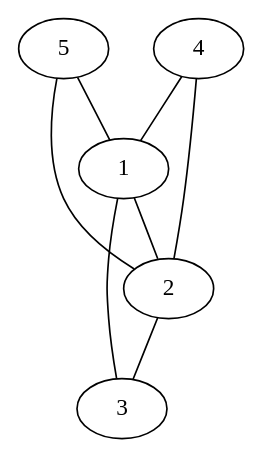
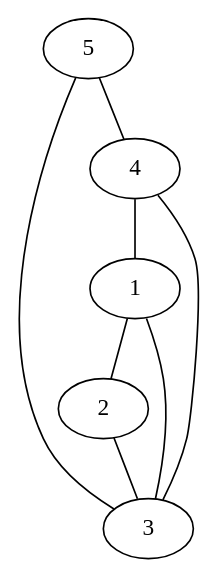
Before and after one commit to AltairAG/DAA-: the diagram in DAlgoritmos/Proyecto/Archivos/DorogovtsevMendes.gv, drawn with Graphviz. The commit also changed 7 other files, not shown here.

```diff
--- a/DAlgoritmos/Proyecto/Archivos/DorogovtsevMendes.gv
+++ b/DAlgoritmos/Proyecto/Archivos/DorogovtsevMendes.gv
@@ -1,21 +1,21 @@
 graph G {
 1;
 2;
 3;
 1;
 2;
 3;
 4;
 1;
 2;
 3;
 4;
 5;
 1 -- 2;
 2 -- 3;
 3 -- 1;
+4 -- 3;
 4 -- 1;
-4 -- 2;
-5 -- 1;
-5 -- 2;
+5 -- 4;
+5 -- 3;
 }
```
